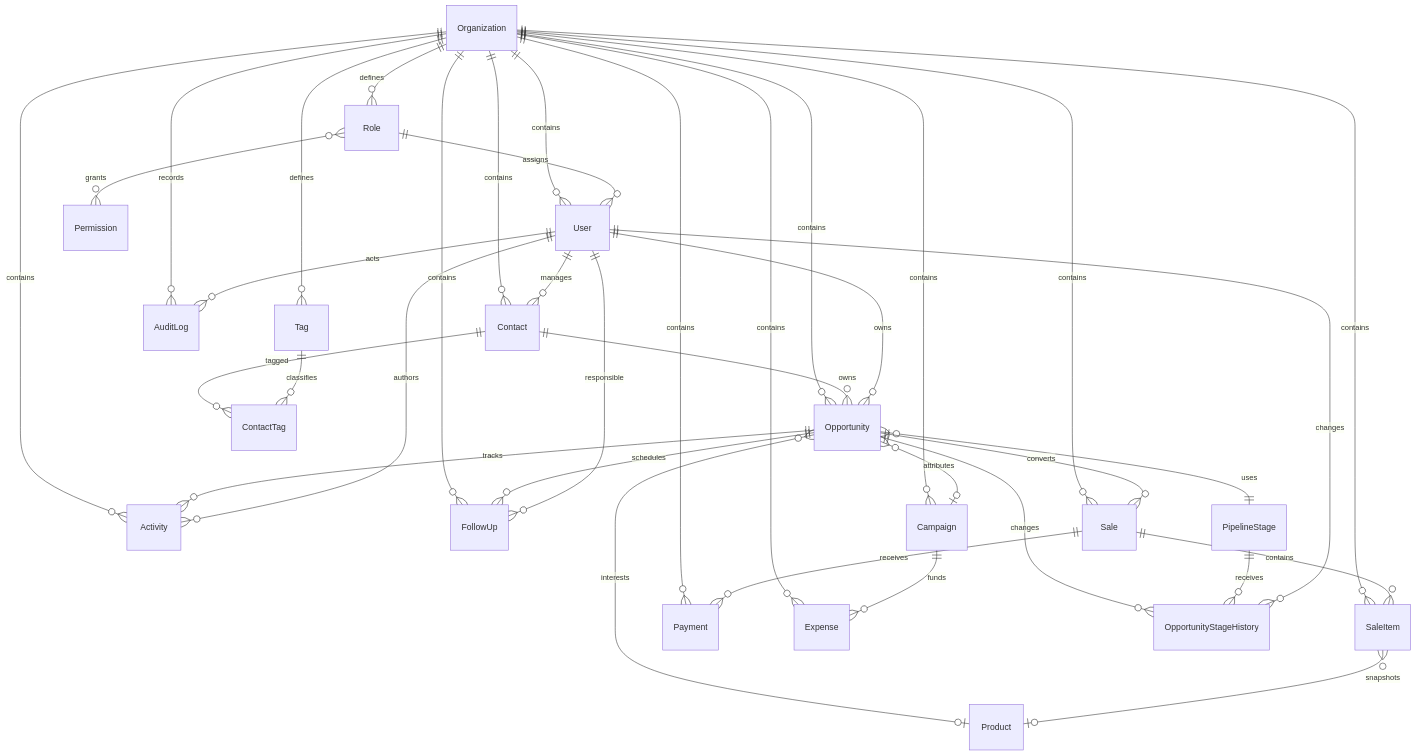
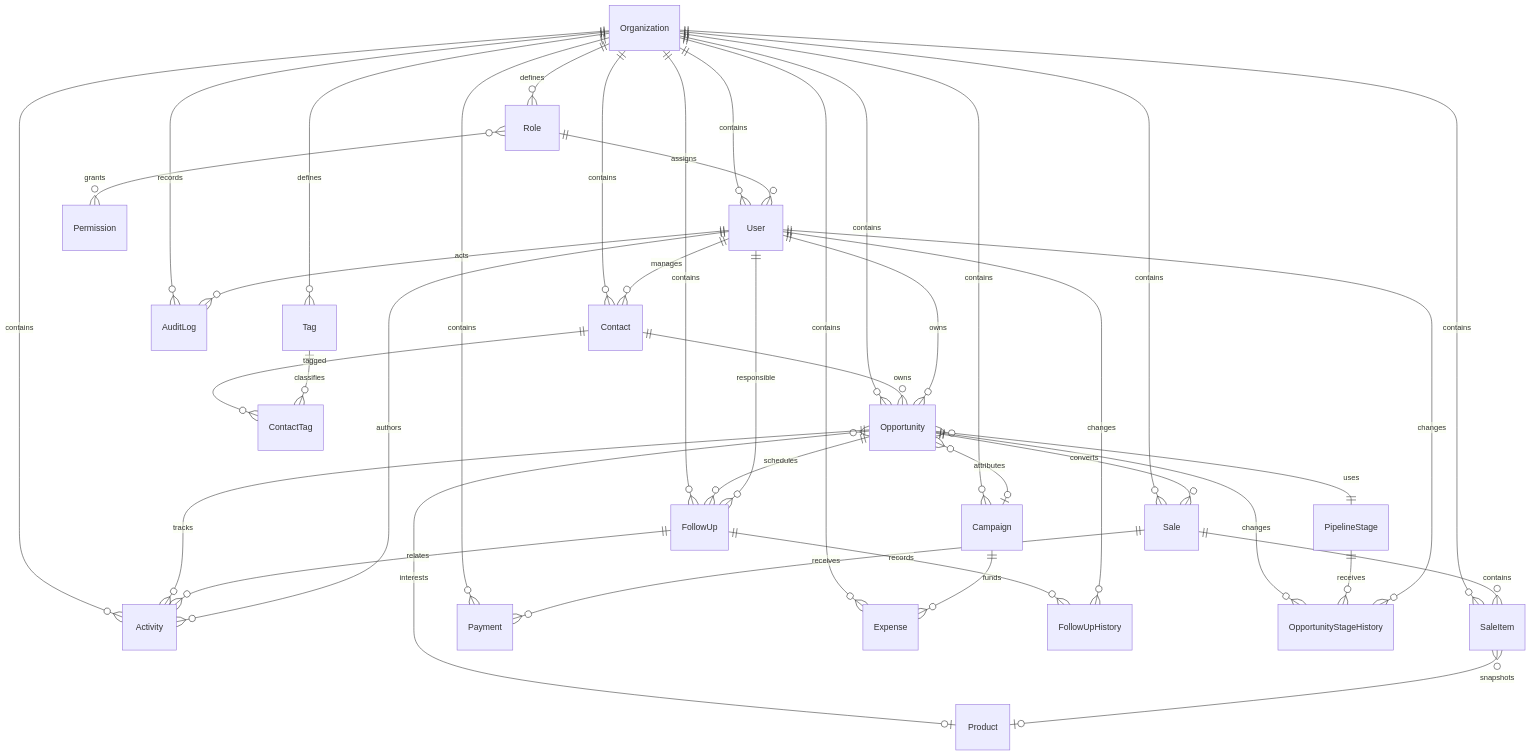
One commit to MiguelTroncoso/SuperFlash_CRM changed the diagram in docs/domain-model.md. Above: the diagram before and after it, drawn with Mermaid. The commit also changed other lines of this file and 46 other files, not shown here.

````diff
--- a/docs/domain-model.md
+++ b/docs/domain-model.md
@@ -5,43 +5,46 @@
 ```mermaid
 erDiagram
     Organization ||--o{ User : contains
     Organization ||--o{ Contact : contains
     Organization ||--o{ Opportunity : contains
     Organization ||--o{ Activity : contains
     Organization ||--o{ FollowUp : contains
     Organization ||--o{ Sale : contains
     Organization ||--o{ SaleItem : contains
     Organization ||--o{ Payment : contains
     Organization ||--o{ Campaign : contains
     Organization ||--o{ Expense : contains
     Organization ||--o{ AuditLog : records
 
     Organization ||--o{ Role : defines
     Role }o--o{ Permission : grants
     Role ||--o{ User : assigns
 
     User ||--o{ Contact : manages
     Contact ||--o{ Opportunity : owns
     Opportunity }o--|| PipelineStage : uses
     Opportunity }o--o| Campaign : attributes
     Opportunity }o--o| Product : interests
     User ||--o{ Opportunity : owns
     Opportunity ||--o{ Activity : tracks
     Opportunity ||--o{ FollowUp : schedules
+    FollowUp ||--o{ FollowUpHistory : records
+    FollowUp ||--o{ Activity : relates
+    User ||--o{ FollowUpHistory : changes
     Opportunity ||--o{ OpportunityStageHistory : changes
     PipelineStage ||--o{ OpportunityStageHistory : receives
     User ||--o{ OpportunityStageHistory : changes
     User ||--o{ FollowUp : responsible
     Opportunity ||--o{ Sale : converts
     Sale ||--o{ SaleItem : contains
     SaleItem }o--o| Product : snapshots
     Sale ||--o{ Payment : receives
 
     Contact ||--o{ ContactTag : tagged
     Tag ||--o{ ContactTag : classifies
     Organization ||--o{ Tag : defines
 
     Campaign ||--o{ Expense : funds
     User ||--o{ Activity : authors
     User ||--o{ AuditLog : acts
 ```
````
